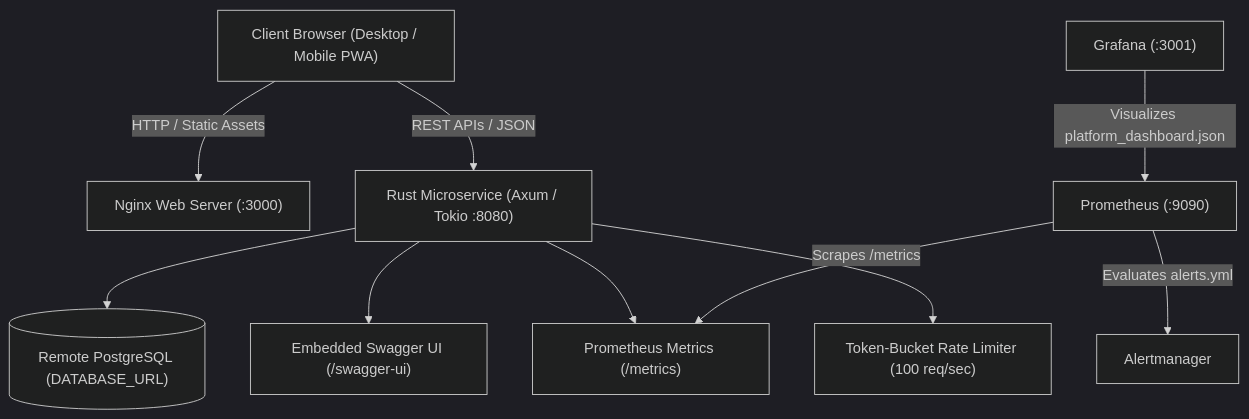
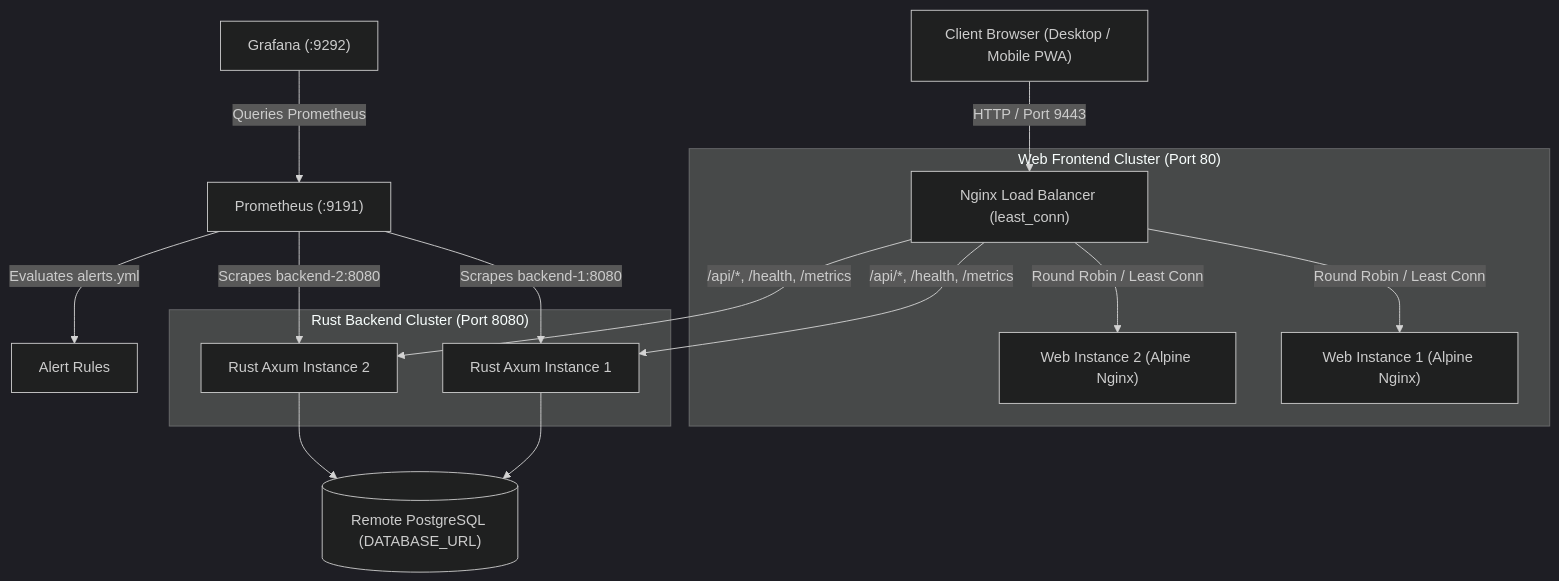
Before and after one commit to sgdevmane/interview-guide: the diagram in README.md, drawn with Mermaid (dark theme). The commit also changed other lines of this file and 75 other files, not shown here.

````diff
--- a/README.md
+++ b/README.md
@@ -47,14 +49,22 @@
 ```mermaid
 graph TD
-    Client["Client Browser (Desktop / Mobile PWA)"] --> |HTTP / Static Assets| Nginx["Nginx Web Server (:3000)"]
-    Client --> |REST APIs / JSON| RustBackend["Rust Microservice (Axum / Tokio :8080)"]
+    Client["Client Browser (Desktop / Mobile PWA)"] --> |HTTP / Port 9443| NginxLB["Nginx Load Balancer (least_conn)"]
     
-    RustBackend --> RemoteDB[("Remote PostgreSQL (DATABASE_URL)")]
-    RustBackend --> SwaggerUI["Embedded Swagger UI (/swagger-ui)"]
-    RustBackend --> MetricsHandler["Prometheus Metrics (/metrics)"]
-    RustBackend --> RateLimiter["Token-Bucket Rate Limiter (100 req/sec)"]
+    subgraph WebCluster["Web Frontend Cluster (Port 80)"]
+        NginxLB --> |Round Robin / Least Conn| Web1["Web Instance 1 (Alpine Nginx)"]
+        NginxLB --> |Round Robin / Least Conn| Web2["Web Instance 2 (Alpine Nginx)"]
+    end
+
+    subgraph BackendCluster["Rust Backend Cluster (Port 8080)"]
+        NginxLB --> |/api/*, /health, /metrics| Backend1["Rust Axum Instance 1"]
+        NginxLB --> |/api/*, /health, /metrics| Backend2["Rust Axum Instance 2"]
+    end
     
-    Prometheus["Prometheus (:9090)"] --> |Scrapes /metrics| MetricsHandler
-    Prometheus --> |Evaluates alerts.yml| PrometheusAlerts["Alertmanager"]
-    Grafana["Grafana (:3001)"] --> |Visualizes platform_dashboard.json| Prometheus
+    Backend1 --> RemoteDB[("Remote PostgreSQL (DATABASE_URL)")]
+    Backend2 --> RemoteDB
+    
+    Prometheus["Prometheus (:9191)"] --> |Scrapes backend-1:8080| Backend1
+    Prometheus --> |Scrapes backend-2:8080| Backend2
+    Prometheus --> |Evaluates alerts.yml| PrometheusAlerts["Alert Rules"]
+    Grafana["Grafana (:9292)"] --> |Queries Prometheus| Prometheus
 ```
````
